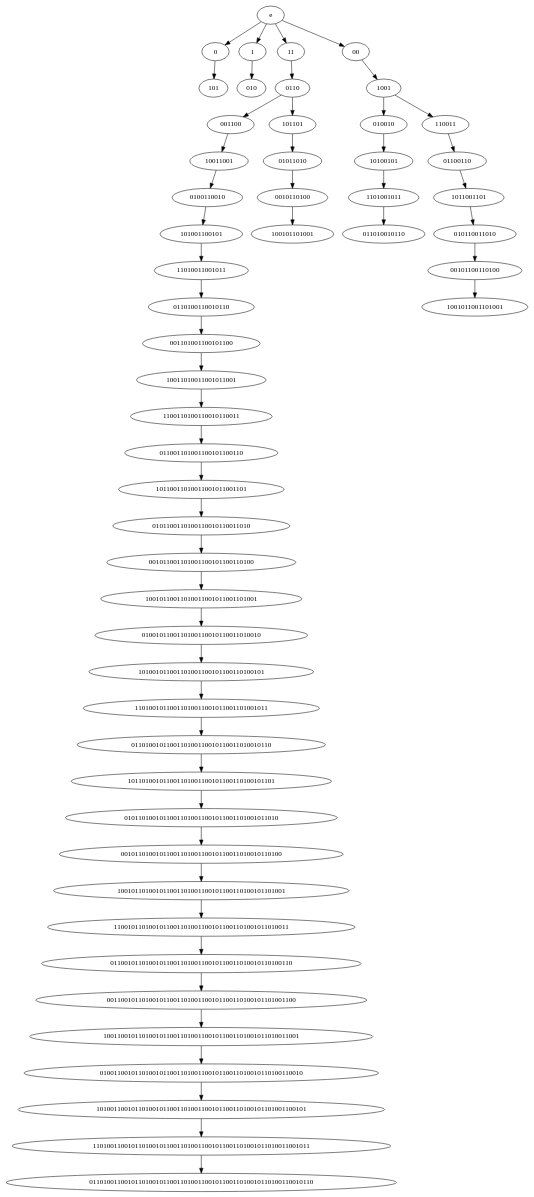
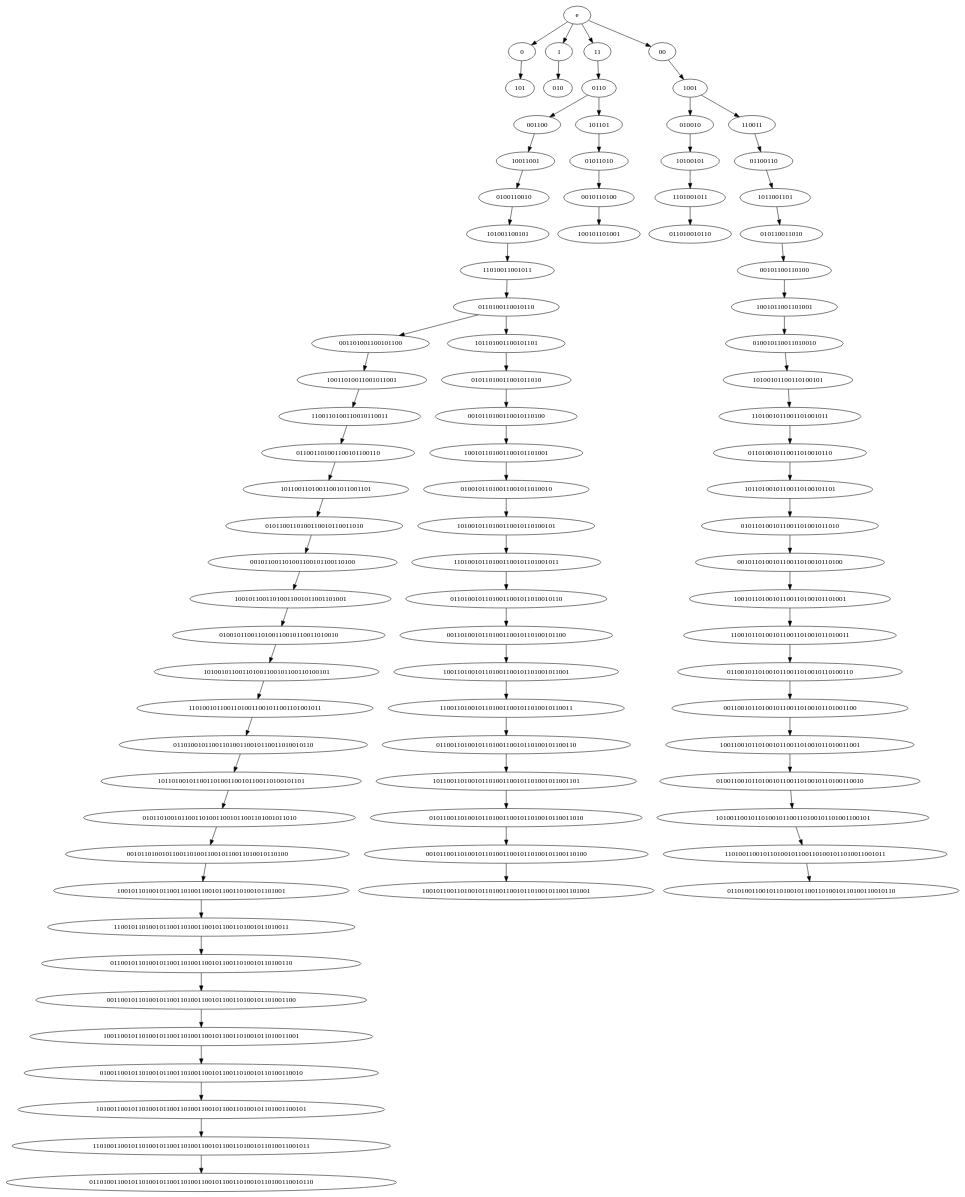
One commit to velkater/wordcomplexities changed the diagram in grafy/dot/PalThue_Morse_Word.dot. Above: the diagram before and after it, drawn with Graphviz. The commit also changed 82 other files, not shown here.

```diff
--- a/grafy/dot/PalThue_Morse_Word.dot
+++ b/grafy/dot/PalThue_Morse_Word.dot
@@ -1,55 +1,87 @@
 digraph G {
 node [fontname = "DejaVuSans"];
 e -> 0;
 e -> 1;
 e -> 11;
 e -> 00;
 0 -> 101;
 1 -> 010;
 11 -> 0110;
 0110 -> 001100;
 0110 -> 101101;
 001100 -> 10011001;
 10011001 -> 0100110010;
 0100110010 -> 101001100101;
 101001100101 -> 11010011001011;
 11010011001011 -> 0110100110010110;
 0110100110010110 -> 001101001100101100;
+0110100110010110 -> 101101001100101101;
 001101001100101100 -> 10011010011001011001;
 10011010011001011001 -> 1100110100110010110011;
 1100110100110010110011 -> 011001101001100101100110;
 011001101001100101100110 -> 10110011010011001011001101;
 10110011010011001011001101 -> 0101100110100110010110011010;
 0101100110100110010110011010 -> 001011001101001100101100110100;
 001011001101001100101100110100 -> 10010110011010011001011001101001;
 10010110011010011001011001101001 -> 0100101100110100110010110011010010;
 0100101100110100110010110011010010 -> 101001011001101001100101100110100101;
 101001011001101001100101100110100101 -> 11010010110011010011001011001101001011;
 11010010110011010011001011001101001011 -> 0110100101100110100110010110011010010110;
 0110100101100110100110010110011010010110 -> 101101001011001101001100101100110100101101;
 101101001011001101001100101100110100101101 -> 01011010010110011010011001011001101001011010;
 01011010010110011010011001011001101001011010 -> 0010110100101100110100110010110011010010110100;
 0010110100101100110100110010110011010010110100 -> 100101101001011001101001100101100110100101101001;
 100101101001011001101001100101100110100101101001 -> 11001011010010110011010011001011001101001011010011;
 11001011010010110011010011001011001101001011010011 -> 0110010110100101100110100110010110011010010110100110;
 0110010110100101100110100110010110011010010110100110 -> 001100101101001011001101001100101100110100101101001100;
 001100101101001011001101001100101100110100101101001100 -> 10011001011010010110011010011001011001101001011010011001;
 10011001011010010110011010011001011001101001011010011001 -> 0100110010110100101100110100110010110011010010110100110010;
 0100110010110100101100110100110010110011010010110100110010 -> 101001100101101001011001101001100101100110100101101001100101;
 101001100101101001011001101001100101100110100101101001100101 -> 11010011001011010010110011010011001011001101001011010011001011;
 11010011001011010010110011010011001011001101001011010011001011 -> 0110100110010110100101100110100110010110011010010110100110010110;
+101101001100101101 -> 01011010011001011010;
+01011010011001011010 -> 0010110100110010110100;
+0010110100110010110100 -> 100101101001100101101001;
+100101101001100101101001 -> 01001011010011001011010010;
+01001011010011001011010010 -> 1010010110100110010110100101;
+1010010110100110010110100101 -> 110100101101001100101101001011;
+110100101101001100101101001011 -> 01101001011010011001011010010110;
+01101001011010011001011010010110 -> 0011010010110100110010110100101100;
+0011010010110100110010110100101100 -> 100110100101101001100101101001011001;
+100110100101101001100101101001011001 -> 11001101001011010011001011010010110011;
+11001101001011010011001011010010110011 -> 0110011010010110100110010110100101100110;
+0110011010010110100110010110100101100110 -> 101100110100101101001100101101001011001101;
+101100110100101101001100101101001011001101 -> 01011001101001011010011001011010010110011010;
+01011001101001011010011001011010010110011010 -> 0010110011010010110100110010110100101100110100;
+0010110011010010110100110010110100101100110100 -> 100101100110100101101001100101101001011001101001;
 101101 -> 01011010;
 01011010 -> 0010110100;
 0010110100 -> 100101101001;
 00 -> 1001;
 1001 -> 010010;
 1001 -> 110011;
 010010 -> 10100101;
 10100101 -> 1101001011;
 1101001011 -> 011010010110;
 110011 -> 01100110;
 01100110 -> 1011001101;
 1011001101 -> 010110011010;
 010110011010 -> 00101100110100;
 00101100110100 -> 1001011001101001;
+1001011001101001 -> 010010110011010010;
+010010110011010010 -> 10100101100110100101;
+10100101100110100101 -> 1101001011001101001011;
+1101001011001101001011 -> 011010010110011010010110;
+011010010110011010010110 -> 10110100101100110100101101;
+10110100101100110100101101 -> 0101101001011001101001011010;
+0101101001011001101001011010 -> 001011010010110011010010110100;
+001011010010110011010010110100 -> 10010110100101100110100101101001;
+10010110100101100110100101101001 -> 1100101101001011001101001011010011;
+1100101101001011001101001011010011 -> 011001011010010110011010010110100110;
+011001011010010110011010010110100110 -> 00110010110100101100110100101101001100;
+00110010110100101100110100101101001100 -> 1001100101101001011001101001011010011001;
+1001100101101001011001101001011010011001 -> 010011001011010010110011010010110100110010;
+010011001011010010110011010010110100110010 -> 10100110010110100101100110100101101001100101;
+10100110010110100101100110100101101001100101 -> 1101001100101101001011001101001011010011001011;
+1101001100101101001011001101001011010011001011 -> 011010011001011010010110011010010110100110010110;
 }
```
